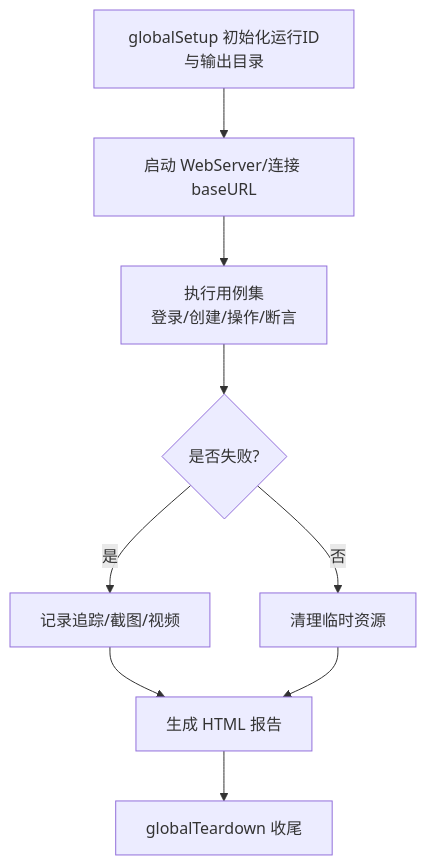
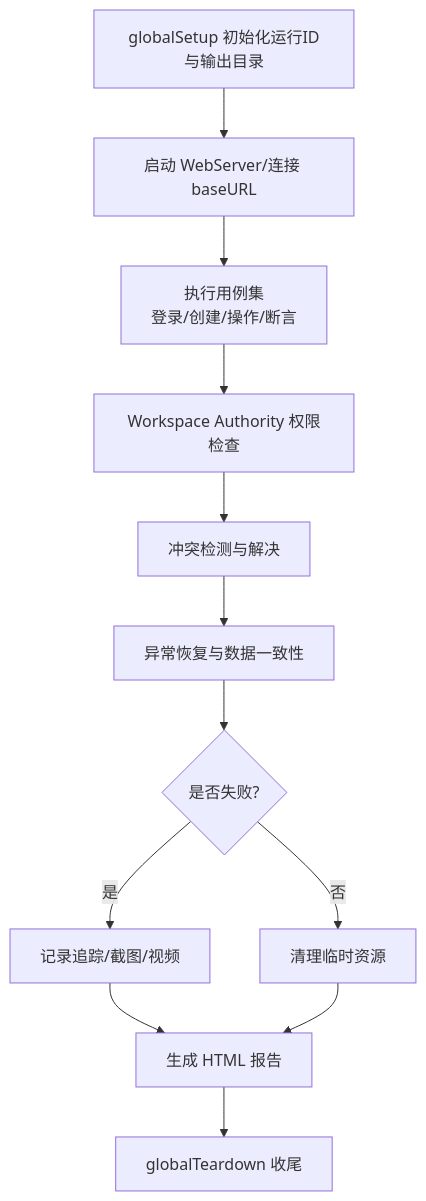
Before and after one commit to qihaogithub/workbench: the fifth of 7 diagrams in .qoder/repowiki/zh/content/测试策略/测试策略.md, drawn with Mermaid. The commit also changed other lines of this file and 448 other files, not shown here.

````diff
--- a/.qoder/repowiki/zh/content/测试策略/测试策略.md
+++ b/.qoder/repowiki/zh/content/测试策略/测试策略.md
@@ -232,11 +291,14 @@
 ```mermaid
 flowchart TD
 Init["globalSetup 初始化运行ID与输出目录"] --> Launch["启动 WebServer/连接 baseURL"]
 Launch --> Cases["执行用例集<br/>登录/创建/操作/断言"]
-Cases --> Artifacts{"是否失败?"}
+Cases --> AuthCheck["Workspace Authority 权限检查"]
+AuthCheck --> ConflictResolve["冲突检测与解决"]
+ConflictResolve --> Recovery["异常恢复与数据一致性"]
+Recovery --> Artifacts{"是否失败?"}
 Artifacts --> |是| Capture["记录追踪/截图/视频"]
 Artifacts --> |否| Clean["清理临时资源"]
 Capture --> Report["生成 HTML 报告"]
 Clean --> Report
 Report --> Teardown["globalTeardown 收尾"]
 ```
````
